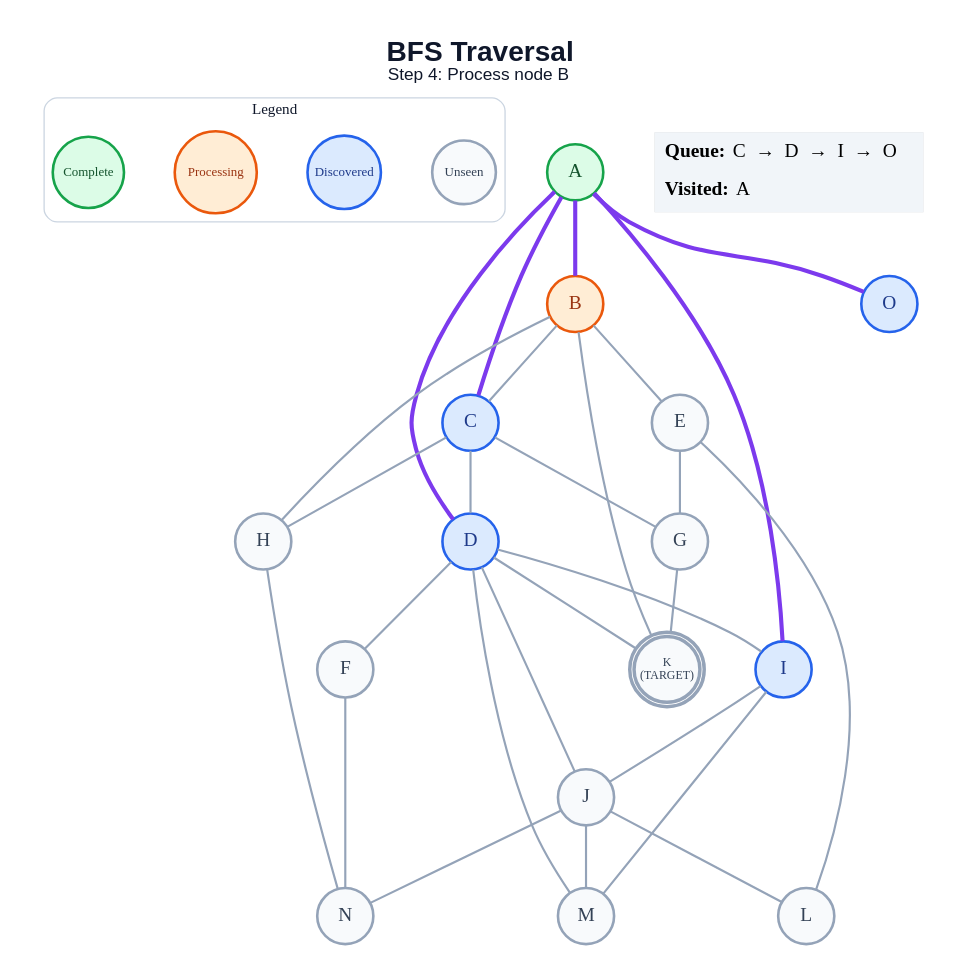
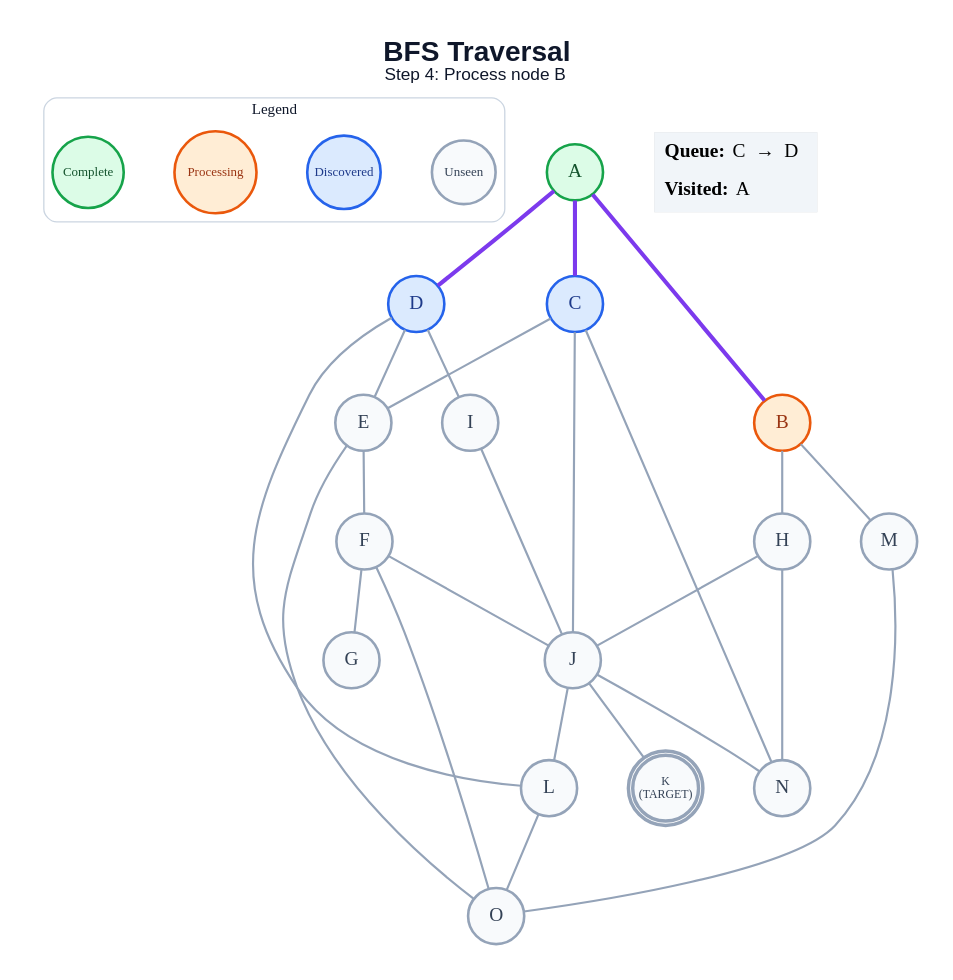
Before and after one commit to anon7238593-create/ai-slop: the diagram in generated/bfs/step_04.dot, drawn with Graphviz. The commit also changed 272 other files, not shown here.

```diff
--- a/generated/bfs/step_04.dot
+++ b/generated/bfs/step_04.dot
@@ -1,61 +1,58 @@
 graph traversal {
   graph [layout=dot, rankdir=TB, bgcolor="#FFFFFF", pad="0.35", nodesep="0.65", ranksep="0.8", fontname="Arial"];
   node [shape=circle, style="filled", fontname="Arial Bold", fontsize=18, width=0.72, fixedsize=true, penwidth=2.4];
   edge [color="#94A3B8", penwidth=2.0];
   label=<<B>BFS Traversal</B><BR/><FONT POINT-SIZE="16">Step 4: Process node B</FONT>>; labelloc="t"; fontsize=26; fontname="Arial"; fontcolor="#0F172A";
   subgraph cluster_legend { label="Legend"; color="#CBD5E1"; penwidth=1.2; style="rounded"; fontsize=14; fontname="Arial Bold";
     key_unseen [label="Unseen", fillcolor="#F8FAFC", color="#94A3B8", fontcolor="#334155", fontsize=12, width=0.82];
     key_frontier [label="Discovered", fillcolor="#DBEAFE", color="#2563EB", fontcolor="#1E3A8A", fontsize=12, width=0.95];
     key_current [label="Processing", fillcolor="#FFEDD5", color="#EA580C", fontcolor="#9A3412", fontsize=12, width=1.05];
     key_done [label="Complete", fillcolor="#DCFCE7", color="#16A34A", fontcolor="#14532D", fontsize=12, width=0.92];
     { rank=same; key_unseen; key_frontier; key_current; key_done; }
   }
   A [label="A", fillcolor="#DCFCE7", color="#16A34A", fontcolor="#14532D", peripheries=1, penwidth=2.4];
   B [label="B", fillcolor="#FFEDD5", color="#EA580C", fontcolor="#9A3412", peripheries=1, penwidth=2.4];
   C [label="C", fillcolor="#DBEAFE", color="#2563EB", fontcolor="#1E3A8A", peripheries=1, penwidth=2.4];
   D [label="D", fillcolor="#DBEAFE", color="#2563EB", fontcolor="#1E3A8A", peripheries=1, penwidth=2.4];
   E [label="E", fillcolor="#F8FAFC", color="#94A3B8", fontcolor="#334155", peripheries=1, penwidth=2.4];
   F [label="F", fillcolor="#F8FAFC", color="#94A3B8", fontcolor="#334155", peripheries=1, penwidth=2.4];
   G [label="G", fillcolor="#F8FAFC", color="#94A3B8", fontcolor="#334155", peripheries=1, penwidth=2.4];
   H [label="H", fillcolor="#F8FAFC", color="#94A3B8", fontcolor="#334155", peripheries=1, penwidth=2.4];
-  I [label="I", fillcolor="#DBEAFE", color="#2563EB", fontcolor="#1E3A8A", peripheries=1, penwidth=2.4];
+  I [label="I", fillcolor="#F8FAFC", color="#94A3B8", fontcolor="#334155", peripheries=1, penwidth=2.4];
   J [label="J", fillcolor="#F8FAFC", color="#94A3B8", fontcolor="#334155", peripheries=1, penwidth=2.4];
   K [label="K\n(TARGET)", fillcolor="#F8FAFC", color="#94A3B8", fontcolor="#334155", peripheries=2, penwidth=3.2, fontsize=11, width=0.85, height=0.85];
   L [label="L", fillcolor="#F8FAFC", color="#94A3B8", fontcolor="#334155", peripheries=1, penwidth=2.4];
   M [label="M", fillcolor="#F8FAFC", color="#94A3B8", fontcolor="#334155", peripheries=1, penwidth=2.4];
   N [label="N", fillcolor="#F8FAFC", color="#94A3B8", fontcolor="#334155", peripheries=1, penwidth=2.4];
-  O [label="O", fillcolor="#DBEAFE", color="#2563EB", fontcolor="#1E3A8A", peripheries=1, penwidth=2.4];
+  O [label="O", fillcolor="#F8FAFC", color="#94A3B8", fontcolor="#334155", peripheries=1, penwidth=2.4];
   A -- B [color="#7C3AED", penwidth=3.8];
   A -- C [color="#7C3AED", penwidth=3.8];
   A -- D [color="#7C3AED", penwidth=3.8];
-  A -- I [color="#7C3AED", penwidth=3.8];
-  A -- O [color="#7C3AED", penwidth=3.8];
-  B -- C;
-  B -- E;
   B -- H;
-  B -- K;
-  C -- D;
-  C -- G;
-  C -- H;
-  D -- F;
+  B -- M;
+  C -- E;
+  C -- J;
+  C -- N;
+  D -- E;
   D -- I;
-  D -- J;
-  D -- K;
-  D -- M;
-  E -- G;
-  E -- L;
-  F -- N;
-  G -- K;
+  D -- L;
+  E -- F;
+  E -- O;
+  F -- G;
+  F -- J;
+  F -- O;
+  H -- J;
   H -- N;
   I -- J;
-  I -- M;
+  J -- K;
   J -- L;
-  J -- M;
   J -- N;
+  L -- O;
+  M -- O;
   status [shape=plain, fixedsize=false, width=0, height=0, margin=0, label=<
     <TABLE BORDER="0" CELLBORDER="0" CELLPADDING="7" BGCOLOR="#F1F5F9">
-      <TR><TD ALIGN="LEFT"><B>Queue:</B> C  →  D  →  I  →  O</TD></TR>
+      <TR><TD ALIGN="LEFT"><B>Queue:</B> C  →  D</TD></TR>
       <TR><TD ALIGN="LEFT"><B>Visited:</B> A</TD></TR>
     </TABLE>
   >];
 }
```
